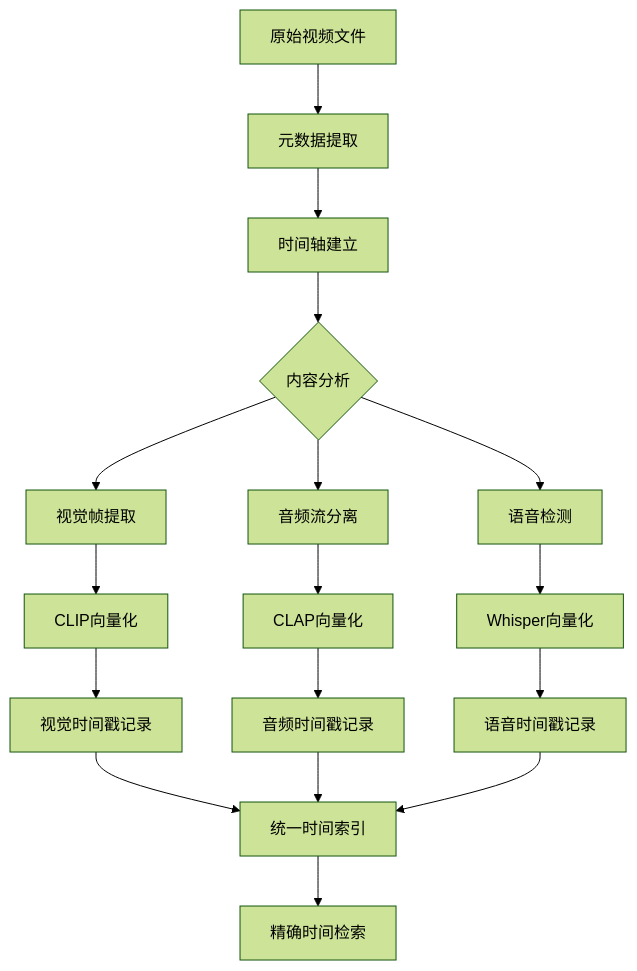
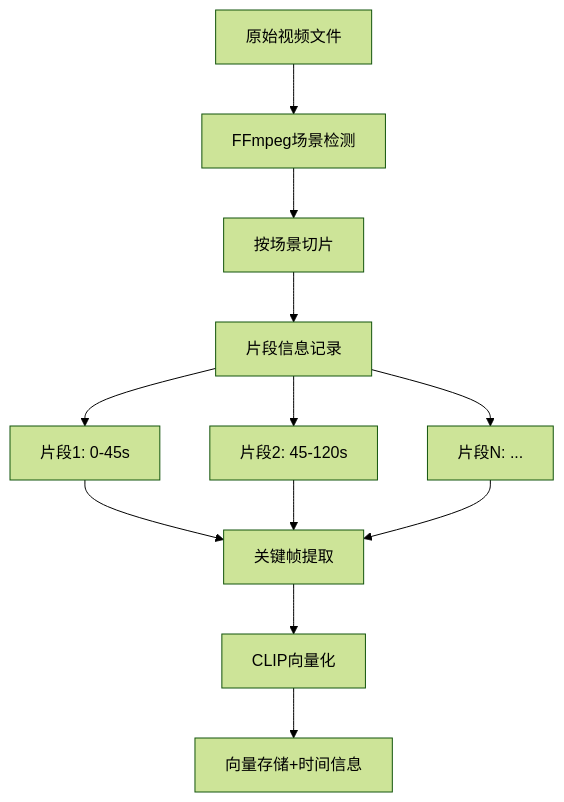
Diagram 13 of 26 in docs/design.md (cr4342/msearch), drawn with Mermaid (forest theme) before and after one commit. The commit also changed other lines of this file and 32 other files, not shown here.

````diff
--- a/docs/design.md
+++ b/docs/design.md
@@ -943,24 +949,17 @@
 ```mermaid
 graph TB
-    A[原始视频文件] --> B[元数据提取]
-    B --> C[时间轴建立]
-    C --> D{内容分析}
+    A[原始视频文件] --> B[FFmpeg场景检测]
+    B --> C[按场景切片]
+    C --> D[片段信息记录]
     
-    D --> E[视觉帧提取]
-    D --> F[音频流分离]
-    D --> G[语音检测]
+    D --> E[片段1: 0-45s]
+    D --> F[片段2: 45-120s]
+    D --> G[片段N: ...]
     
-    E --> H[CLIP向量化]
-    F --> I[CLAP向量化]
-    G --> J[Whisper向量化]
+    E --> H[关键帧提取]
+    F --> H
+    G --> H
     
-    H --> K[视觉时间戳记录]
-    I --> L[音频时间戳记录]
-    J --> M[语音时间戳记录]
-    
-    K --> N[统一时间索引]
-    L --> N
-    M --> N
-    
-    N --> O[精确时间检索]
+    H --> I[CLIP向量化]
+    I --> J[向量存储+时间信息]
 ```
````
